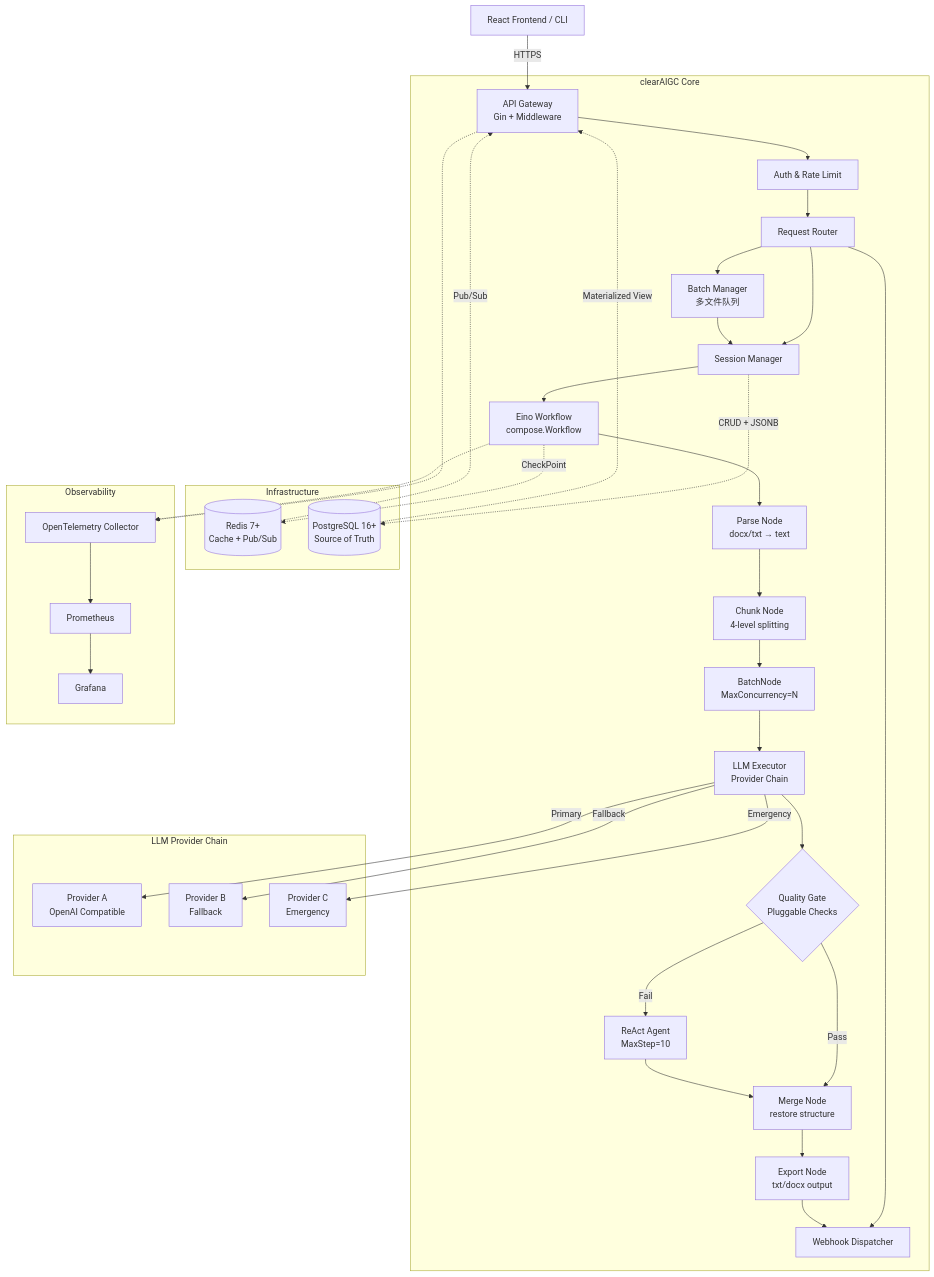
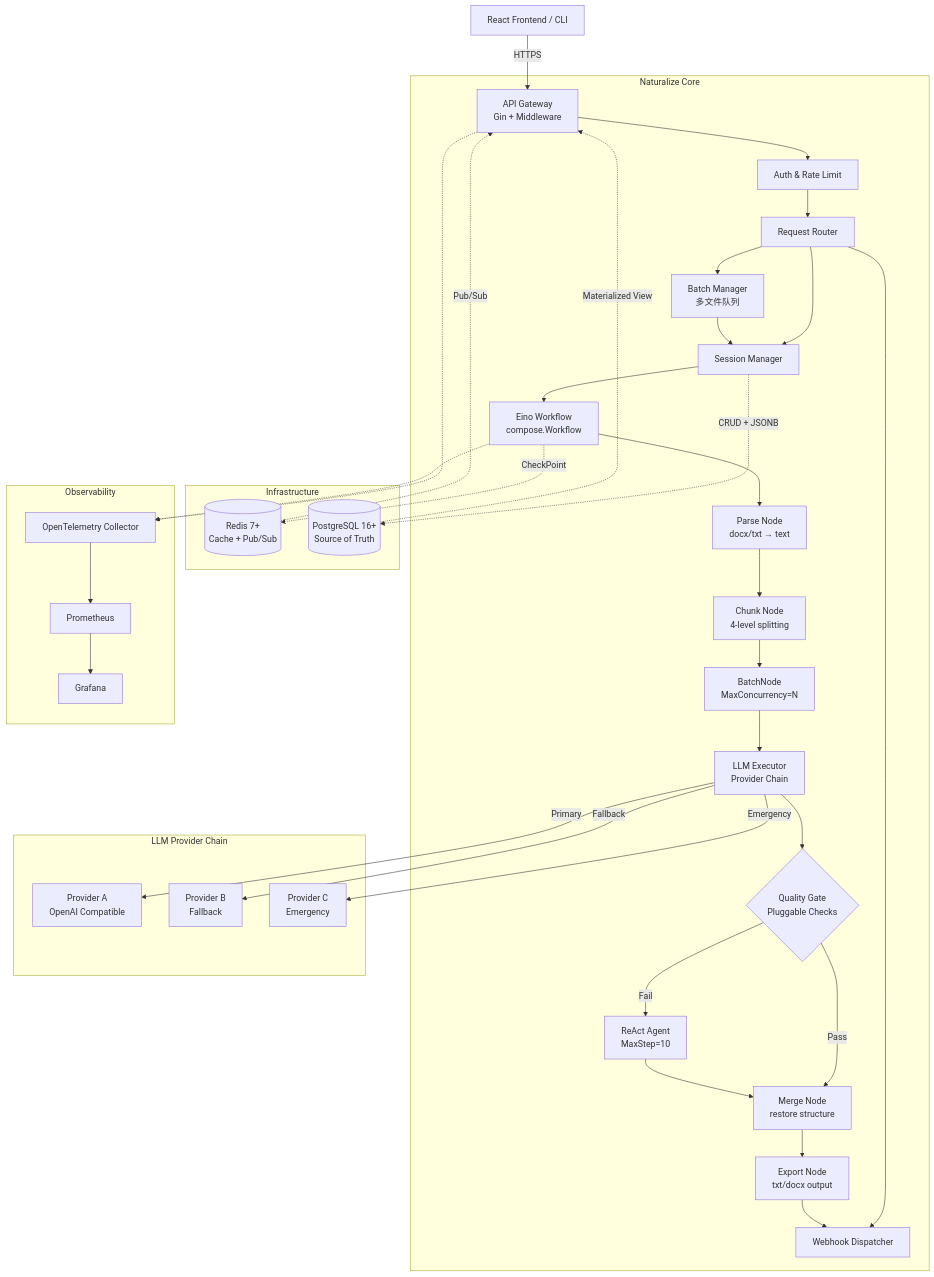
Before and after one commit to iwen-conf/clearAIGC: the first of 2 diagrams in docs/01-architecture/01-vision.md, drawn with Mermaid. The commit also changed other lines of this file and 9 other files, not shown here.

````diff
--- a/docs/01-architecture/01-vision.md
+++ b/docs/01-architecture/01-vision.md
@@ -14,55 +14,55 @@
 ```mermaid
 graph TD
     Client[React Frontend / CLI] -->|HTTPS| GW[API Gateway<br/>Gin + Middleware]
     
-    subgraph clearAIGC Core
+    subgraph Naturalize Core
         GW --> Auth[Auth & Rate Limit]
         Auth --> Router[Request Router]
         
         Router --> SM[Session Manager]
         Router --> BM[Batch Manager<br/>多文件队列]
         Router --> WH[Webhook Dispatcher]
         
         SM --> WF[Eino Workflow<br/>compose.Workflow]
         BM --> SM
         
         WF --> Parse[Parse Node<br/>docx/txt → text]
         Parse --> Chunk[Chunk Node<br/>4-level splitting]
         Chunk --> Batch[BatchNode<br/>MaxConcurrency=N]
         
         Batch --> LLM[LLM Executor<br/>Provider Chain]
         LLM --> QG{Quality Gate<br/>Pluggable Checks}
         
         QG -->|Pass| Merge[Merge Node<br/>restore structure]
         QG -->|Fail| Agent[ReAct Agent<br/>MaxStep=10]
         Agent --> Merge
         
         Merge --> Export[Export Node<br/>txt/docx output]
         Export --> WH
     end
     
     subgraph LLM Provider Chain
         LLM -->|Primary| P1[Provider A<br/>OpenAI Compatible]
         LLM -->|Fallback| P2[Provider B<br/>Fallback]
         LLM -->|Emergency| P3[Provider C<br/>Emergency]
     end
     
     subgraph Infrastructure
         WF -.->|CheckPoint| Redis[(Redis 7+<br/>Cache + Pub/Sub)]
         SM -.->|CRUD + JSONB| PG[(PostgreSQL 16+<br/>Source of Truth)]
         
         Redis -.->|Pub/Sub| GW
         PG -.->|Materialized View| GW
     end
     
     subgraph Observability
         OT[OpenTelemetry Collector]
         Prom[Prometheus]
         Graf[Grafana]
         
         GW -.-> OT
         WF -.-> OT
         OT --> Prom
         Prom --> Graf
     end
 ```
````
